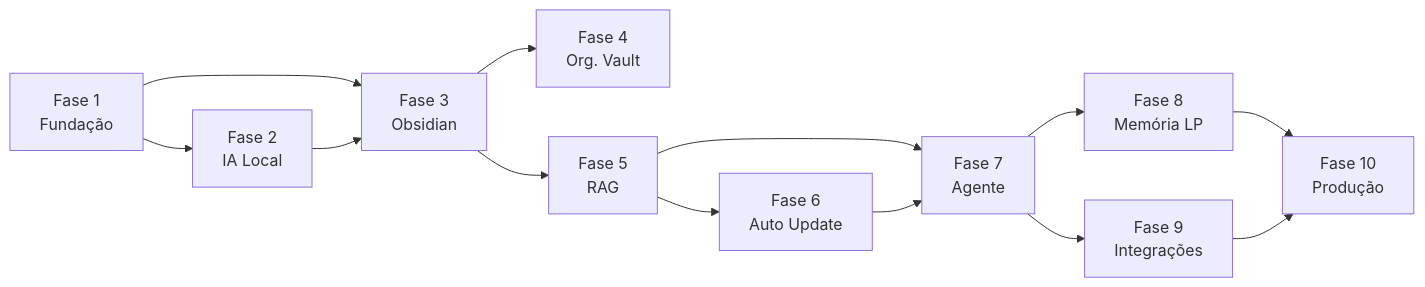
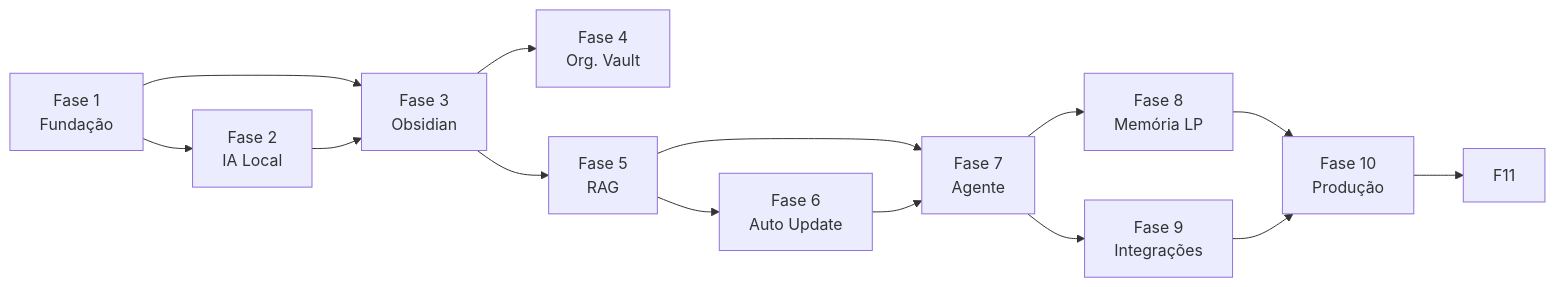
Before and after one commit to Brian5m1th/K.A.O.S: the diagram in docs/backlog.md, drawn with Mermaid. The commit also changed other lines of this file and 13 other files, not shown here.

````diff
--- a/docs/backlog.md
+++ b/docs/backlog.md
@@ -42,15 +43,16 @@
 ```mermaid
 graph LR
     F1[Fase 1\nFundação] --> F2[Fase 2\nIA Local]
     F1 --> F3[Fase 3\nObsidian]
     F2 --> F3
     F3 --> F4[Fase 4\nOrg. Vault]
     F3 --> F5[Fase 5\nRAG]
     F5 --> F6[Fase 6\nAuto Update]
     F5 --> F7[Fase 7\nAgente]
     F6 --> F7
     F7 --> F8[Fase 8\nMemória LP]
     F7 --> F9[Fase 9\nIntegrações]
     F8 --> F10[Fase 10\nProdução]
     F9 --> F10
+    F10 --> F11
 ```
````
